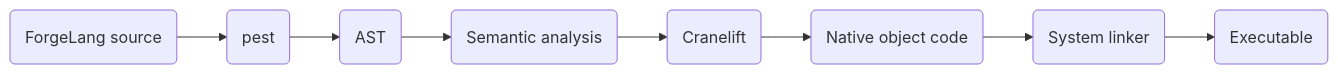
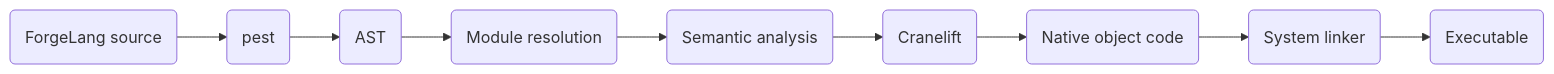
The diagram in Docs/docs/src/compiler/code-generation.md (AeroForger/ForgeLang), drawn with Mermaid before and after one commit. The commit also changed other lines of this file and 47 other files, not shown here.

````diff
--- a/Docs/docs/src/compiler/code-generation.md
+++ b/Docs/docs/src/compiler/code-generation.md
@@ -15,10 +15,11 @@
 ```mermaid
 flowchart LR
     A(ForgeLang source) --> B(pest)
     B --> C(AST)
-    C --> D(Semantic analysis)
-    D --> E(Cranelift)
-    E --> F(Native object code)
-    F --> G(System linker)
-    G --> H(Executable)
+    C --> D(Module resolution)
+    D --> E(Semantic analysis)
+    E --> F(Cranelift)
+    F --> G(Native object code)
+    G --> H(System linker)
+    H --> I(Executable)
 ```
````
